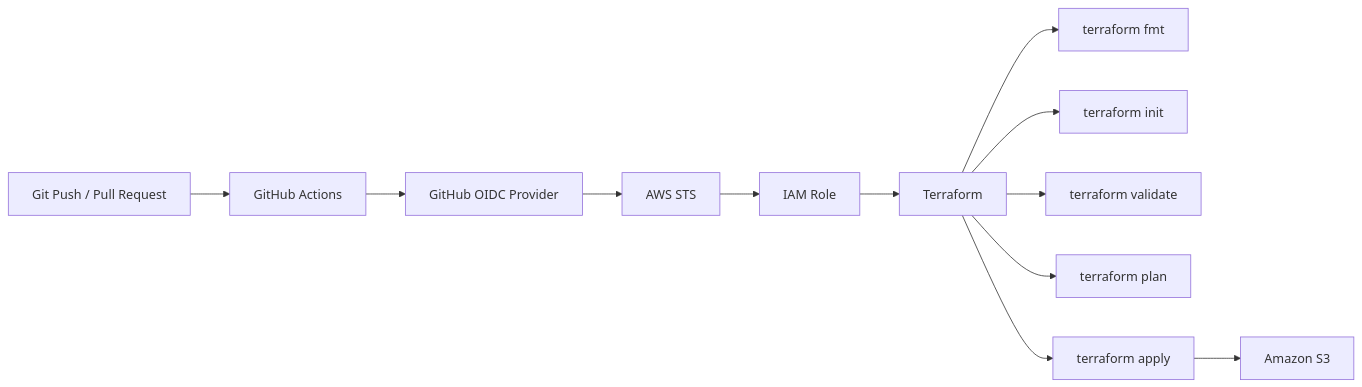
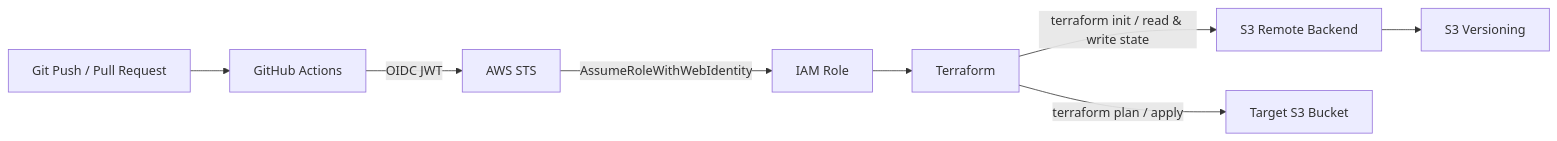
Before and after one commit to itsuki-kawamura-dev/terraform-aws-github-actions-oidc-ci: the diagram in README.md, drawn with Mermaid. The commit also changed other lines of this file, not shown here.

````diff
--- a/README.md
+++ b/README.md
@@ -11,18 +11,12 @@
 ```mermaid
 flowchart LR
     A[Git Push / Pull Request] --> B[GitHub Actions]
+    B -->|OIDC JWT| C[AWS STS]
+    C -->|AssumeRoleWithWebIdentity| D[IAM Role]
+    D --> E[Terraform]
 
-    B --> C[GitHub OIDC Provider]
-    C --> D[AWS STS]
-    D --> E[IAM Role]
+    E -->|terraform init / read & write state| F[S3 Remote Backend]
+    E -->|terraform plan / apply| G[Target S3 Bucket]
 
-    E --> F[Terraform]
-
-    F --> G[terraform fmt]
-    F --> H[terraform init]
-    F --> I[terraform validate]
-    F --> J[terraform plan]
-    F --> K[terraform apply]
-
-    K --> L[Amazon S3]
+    F --> H[S3 Versioning]
 ```
````
